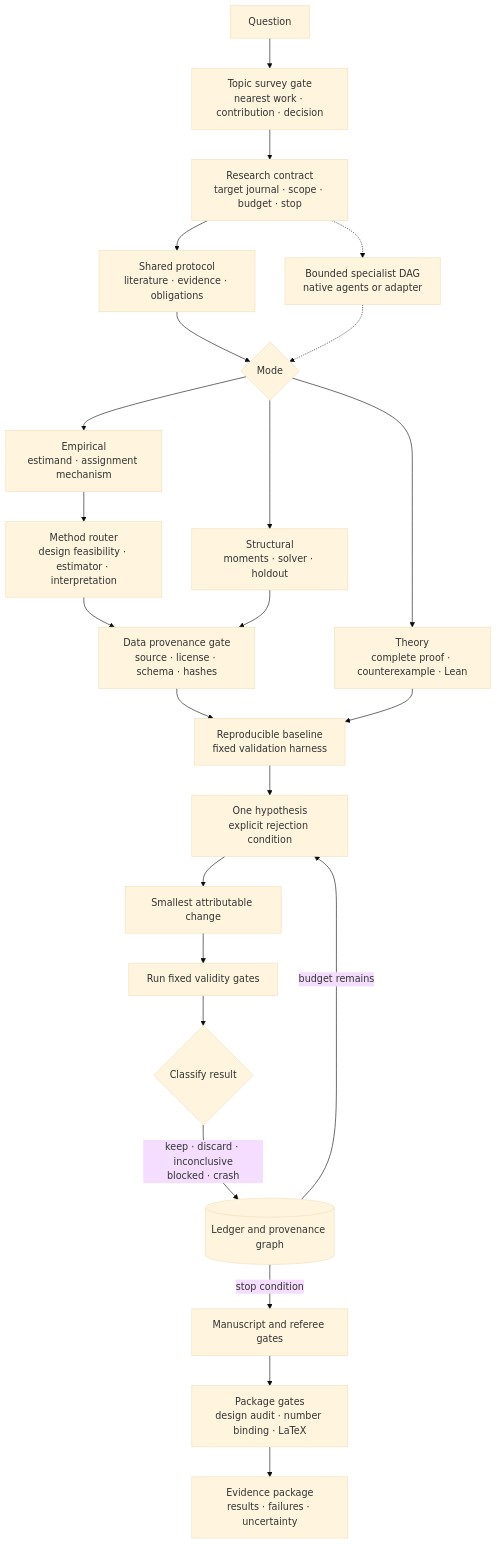
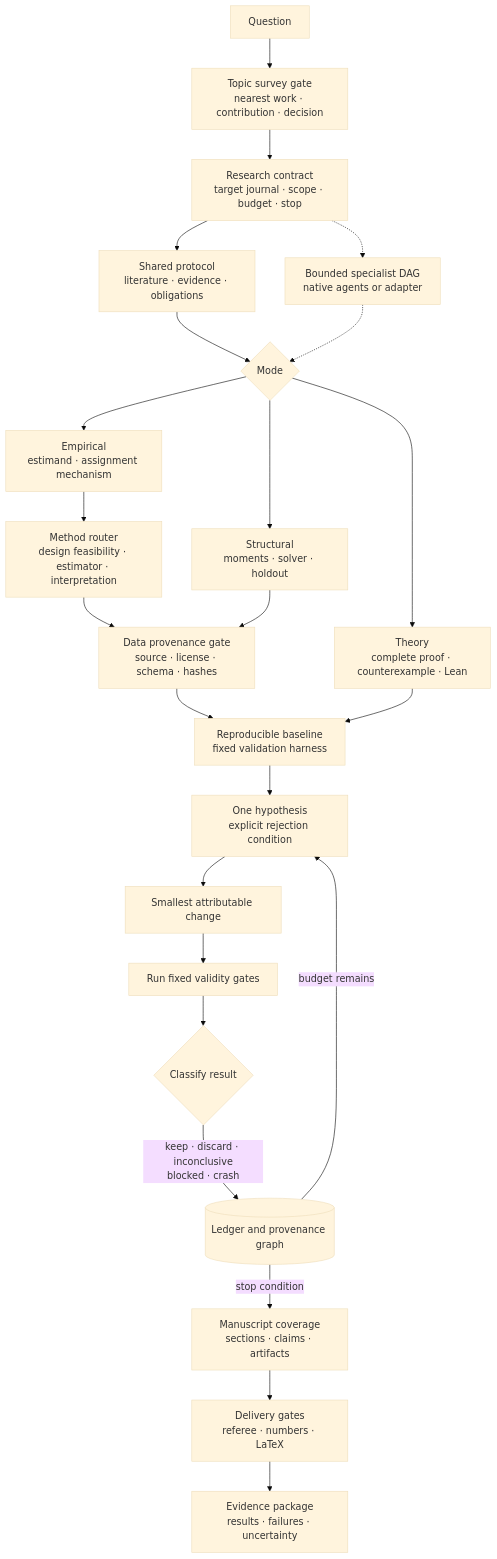
One commit to Tohskcid/econ-research-lab changed the diagram in README.md. Above: the diagram before and after it, drawn with Mermaid (base theme). The commit also changed other lines of this file and 11 other files, not shown here.

Commit message:
feat: gate manuscript scale on evidence coverage

````diff
--- a/README.md
+++ b/README.md
@@ -9,26 +9,26 @@
 ```mermaid
 flowchart TD
     Q[Question] --> TS[Topic survey gate<br/>nearest work · contribution · decision]
     TS --> C[Research contract<br/>target journal · scope · budget · stop]
     C --> S[Shared protocol<br/>literature · evidence · obligations]
     C -.-> A[Bounded specialist DAG<br/>native agents or adapter]
     S --> R{Mode}
     R --> E[Empirical<br/>estimand · assignment mechanism]
     R --> T[Theory<br/>complete proof · counterexample · Lean]
     R --> X[Structural<br/>moments · solver · holdout]
     A -.-> R
     E --> ER[Method router<br/>design feasibility · estimator · interpretation]
     ER --> DP[Data provenance gate<br/>source · license · schema · hashes]
     DP --> B[Reproducible baseline<br/>fixed validation harness]
     T --> B
     X --> DP
     B --> H[One hypothesis<br/>explicit rejection condition]
     H --> D1[Smallest attributable change]
     D1 --> V[Run fixed validity gates]
     V --> K{Classify result}
     K -->|keep · discard · inconclusive<br/>blocked · crash| P[(Ledger and provenance graph)]
     P -->|budget remains| H
-    P -->|stop condition| M[Manuscript and referee gates]
-    M --> G[Package gates<br/>design audit · number binding · LaTeX]
+    P -->|stop condition| M[Manuscript coverage<br/>sections · claims · artifacts]
+    M --> G[Delivery gates<br/>referee · numbers · LaTeX]
     G --> D[Evidence package<br/>results · failures · uncertainty]
 ```
````
